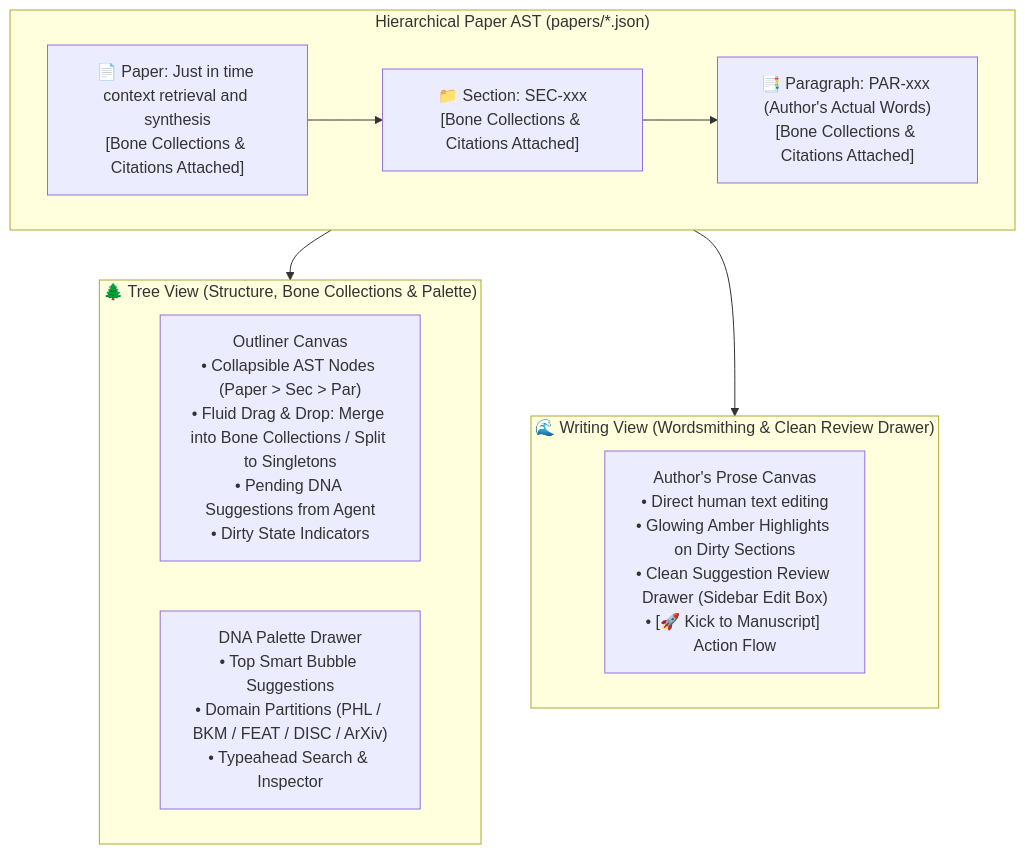
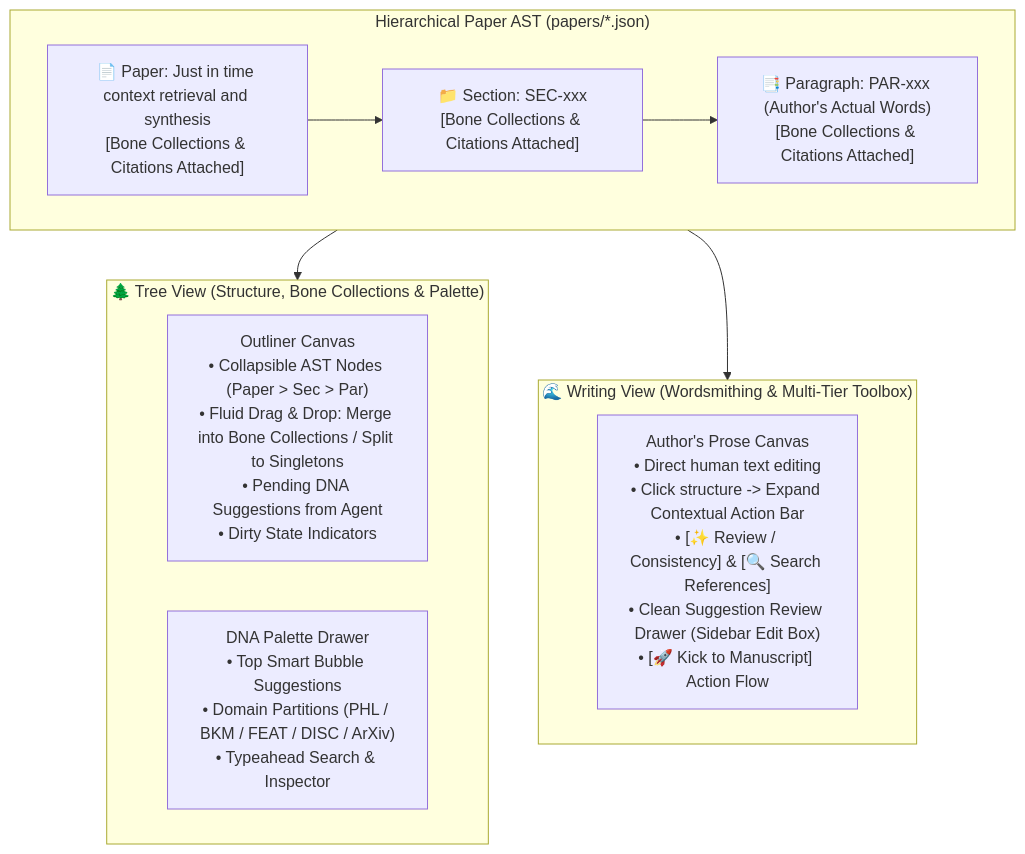
One commit to kEnder242/Portfolio_Dev changed the diagram in docs/sprints/active/SPRINT_PLAN_SPR_79_0.md. Above: the diagram before and after it, drawn with Mermaid. The commit also changed other lines of this file and 9 other files, not shown here.

Commit message:
feat(writer): clean reset of paper RD, multi-tier validator, SPRINT_LOG_SPR_79, and FEAT-586 registration

````diff
--- a/docs/sprints/active/SPRINT_PLAN_SPR_79_0.md
+++ b/docs/sprints/active/SPRINT_PLAN_SPR_79_0.md
@@ -102,22 +102,22 @@
 ```mermaid
 flowchart TD
     subgraph DataModel["Hierarchical Paper AST (papers/*.json)"]
         PaperNode["📄 Paper: Just in time context retrieval and synthesis\n[Bone Collections & Citations Attached]"]
         SecNode["📁 Section: SEC-xxx\n[Bone Collections & Citations Attached]"]
         ParNode["📑 Paragraph: PAR-xxx (Author's Actual Words)\n[Bone Collections & Citations Attached]"]
         
         PaperNode --> SecNode --> ParNode
     end
 
     subgraph TreeMode["🌲 Tree View (Structure, Bone Collections & Palette)"]
         TreeOutline["Outliner Canvas\n• Collapsible AST Nodes (Paper > Sec > Par)\n• Fluid Drag & Drop: Merge into Bone Collections / Split to Singletons\n• Pending DNA Suggestions from Agent\n• Dirty State Indicators"]
         Palette["DNA Palette Drawer\n• Top Smart Bubble Suggestions\n• Domain Partitions (PHL / BKM / FEAT / DISC / ArXiv)\n• Typeahead Search & Inspector"]
     end
 
-    subgraph WriteMode["🌊 Writing View (Wordsmithing & Clean Review Drawer)"]
-        ProseCanvas["Author's Prose Canvas\n• Direct human text editing\n• Glowing Amber Highlights on Dirty Sections\n• Clean Suggestion Review Drawer (Sidebar Edit Box)\n• [🚀 Kick to Manuscript] Action Flow"]
+    subgraph WriteMode["🌊 Writing View (Wordsmithing & Multi-Tier Toolbox)"]
+        ProseCanvas["Author's Prose Canvas\n• Direct human text editing\n• Click structure -> Expand Contextual Action Bar\n• [✨ Review / Consistency] & [🔍 Search References]\n• Clean Suggestion Review Drawer (Sidebar Edit Box)\n• [🚀 Kick to Manuscript] Action Flow"]
     end
 
     DataModel --> TreeMode
     DataModel --> WriteMode
 ```
````
